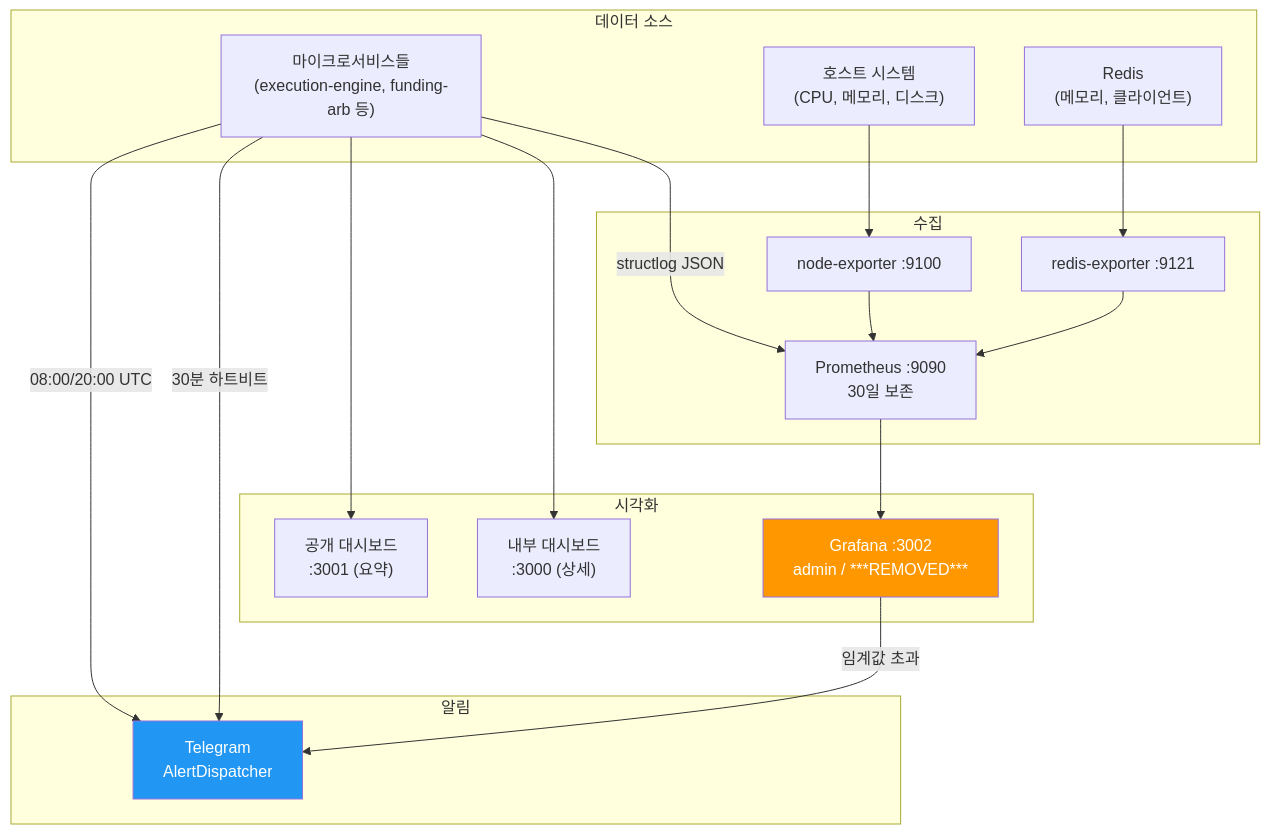
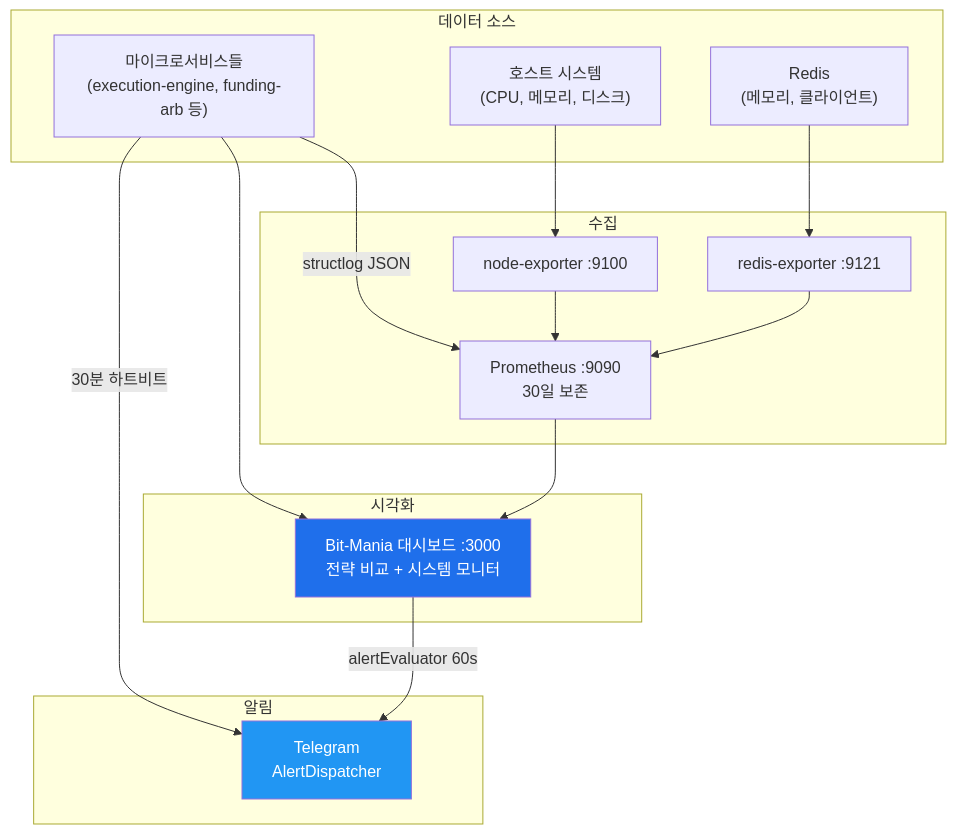
Before and after one commit to Justant-source/Bit-Mania: the first of 2 diagrams in docs/policies/operations/monitoring.md, drawn with Mermaid. The commit also changed other lines of this file and 16 other files, not shown here.

````diff
--- a/docs/policies/operations/monitoring.md
+++ b/docs/policies/operations/monitoring.md
@@ -24,37 +25,33 @@
 ```mermaid
 graph TD
     subgraph sources["데이터 소스"]
         SVC["마이크로서비스들\n(execution-engine, funding-arb 등)"]
         SYS["호스트 시스템\n(CPU, 메모리, 디스크)"]
         RD["Redis\n(메모리, 클라이언트)"]
     end
 
     subgraph collectors["수집"]
         PROM["Prometheus :9090\n30일 보존"]
         NE["node-exporter :9100"]
         RE["redis-exporter :9121"]
     end
 
     subgraph visualization["시각화"]
-        GF["Grafana :3002\nadmin / ***REMOVED***"]
-        DB_INT["내부 대시보드\n:3000 (상세)"]
-        DB_PUB["공개 대시보드\n:3001 (요약)"]
+        DB["Bit-Mania 대시보드 :3000\n전략 비교 + 시스템 모니터"]
     end
 
     subgraph alerts["알림"]
         TG["Telegram\nAlertDispatcher"]
     end
 
     SVC -->|"structlog JSON"| PROM
     SYS --> NE --> PROM
     RD --> RE --> PROM
-    PROM --> GF
-    SVC --> DB_INT
-    SVC --> DB_PUB
-    GF -->|"임계값 초과"| TG
+    PROM --> DB
+    SVC --> DB
+    DB -->|"alertEvaluator 60s"| TG
     SVC -->|"30분 하트비트"| TG
-    SVC -->|"08:00/20:00 UTC"| TG
 
     style TG fill:#2196f3,color:#fff
-    style GF fill:#ff9800,color:#fff
+    style DB fill:#1f6feb,color:#fff
 ```
````
